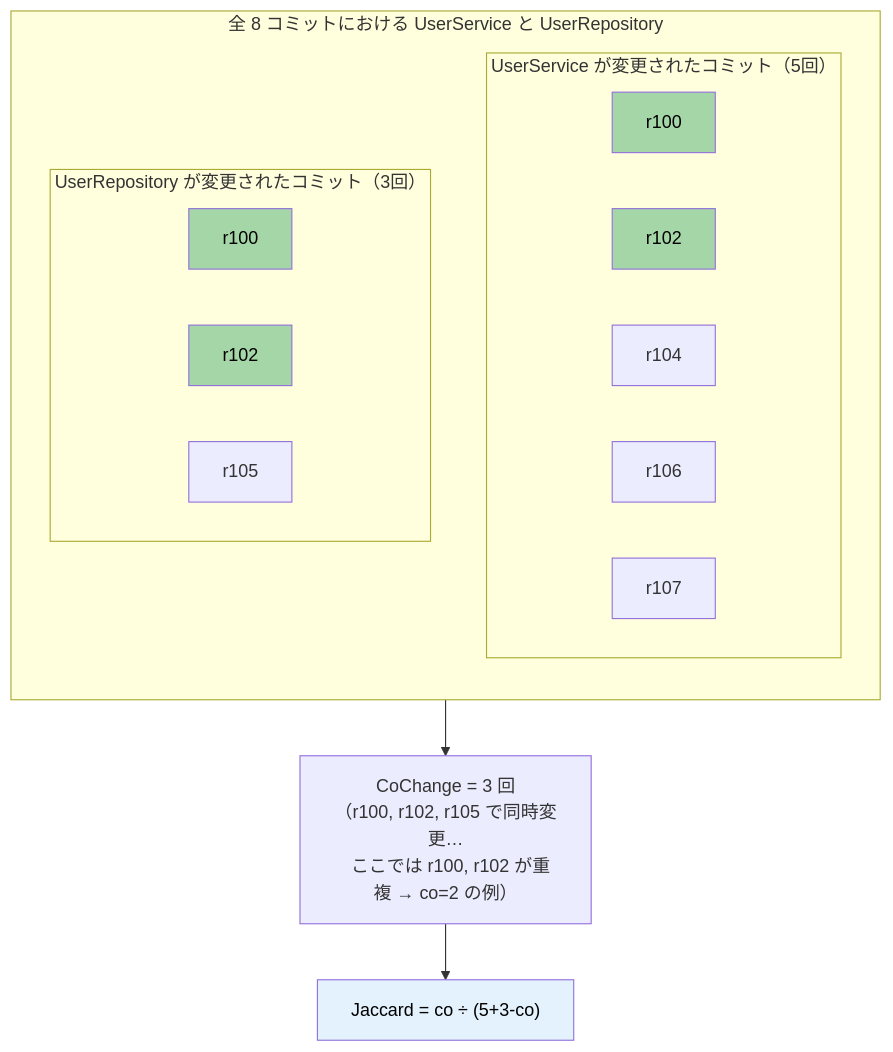
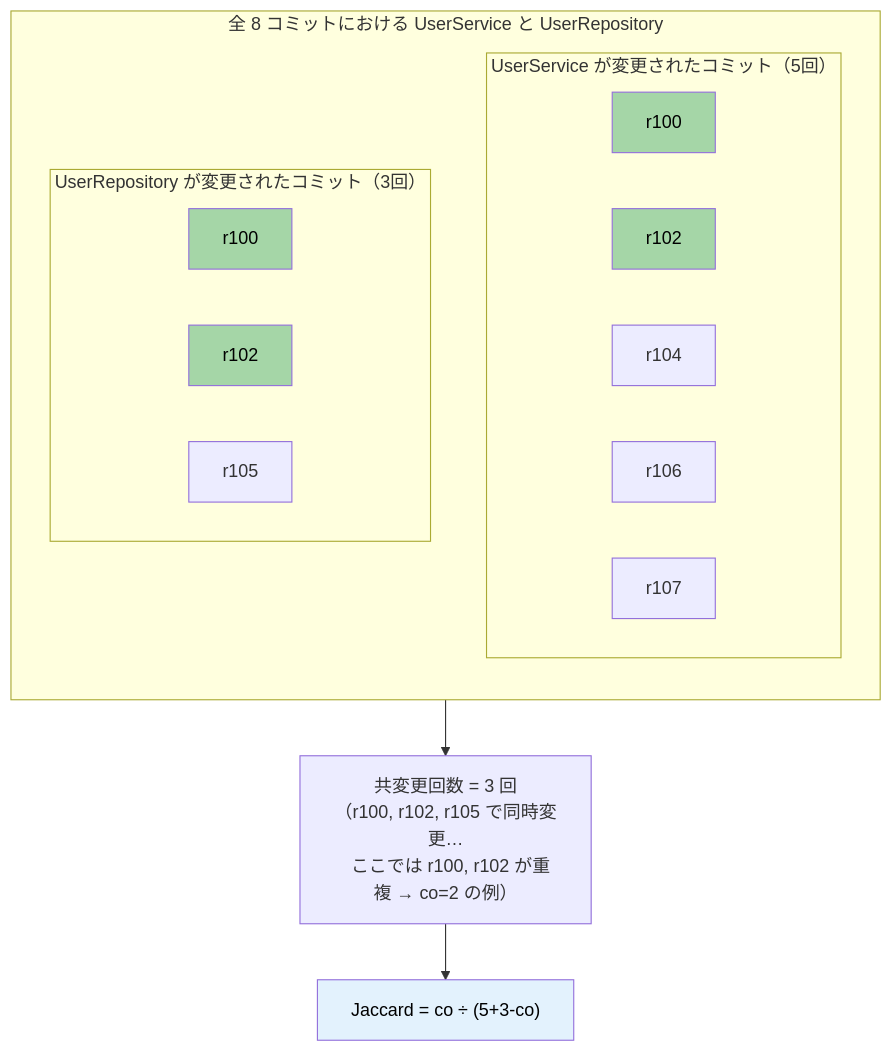
One commit to horiyamayoh/NarutoCode changed diagram 14 of 15 in docs/metrics_guide.md. Above: the diagram before and after it, drawn with Mermaid. The commit also changed other lines of this file and 4 other files, not shown here.

````diff
--- a/docs/metrics_guide.md
+++ b/docs/metrics_guide.md
@@ -599,27 +599,27 @@
 ```mermaid
 flowchart TB
     subgraph EXAMPLE["全 8 コミットにおける UserService と UserRepository"]
         direction TB
         subgraph US["UserService が変更されたコミット（5回）"]
             R100["r100"]
             R102["r102"]
             R104_1["r104"]
             R106_1["r106"]
             R107["r107"]
         end
         subgraph UR["UserRepository が変更されたコミット（3回）"]
             R100_2["r100"]
             R102_2["r102"]
             R105["r105"]
         end
     end
 
-    EXAMPLE --> CO["CoChange = 3 回\n（r100, r102, r105 で同時変更…\n  ここでは r100, r102 が重複 → co=2 の例）"]
+    EXAMPLE --> CO["共変更回数 = 3 回\n（r100, r102, r105 で同時変更…\n  ここでは r100, r102 が重複 → co=2 の例）"]
     CO --> JAC["Jaccard = co ÷ (5+3-co)"]
 
     style R100 fill:#a5d6a7,color:#000
     style R102 fill:#a5d6a7,color:#000
     style R100_2 fill:#a5d6a7,color:#000
     style R102_2 fill:#a5d6a7,color:#000
     style JAC fill:#e3f2fd,color:#000
 ```
````
